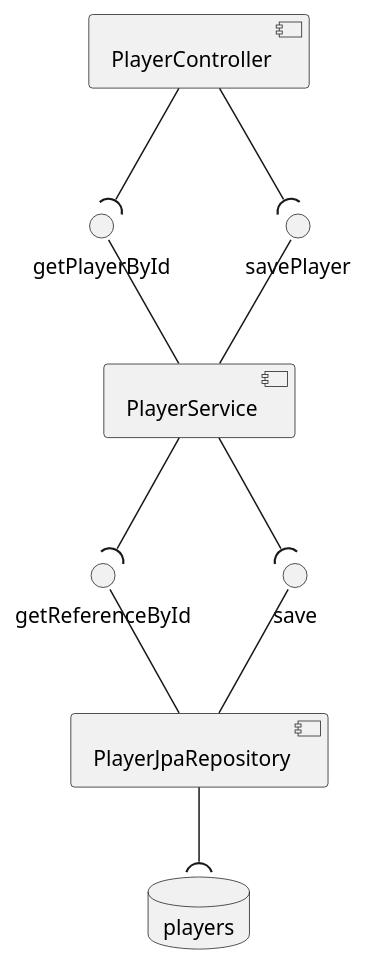
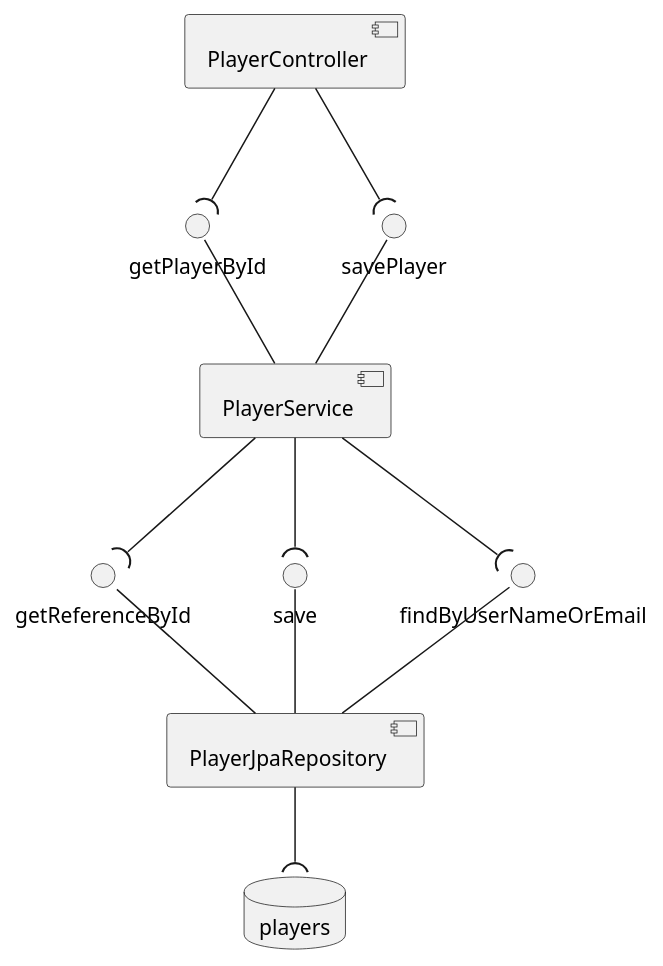
Before and after one commit to 114080-Rossi/Spring-Boot-API: the diagram in DemoSpringBootAPI/docs/diagrams/model/components.puml, drawn with PlantUML. The commit also changed 14 other files, not shown here.

```diff
--- a/DemoSpringBootAPI/docs/diagrams/model/components.puml
+++ b/DemoSpringBootAPI/docs/diagrams/model/components.puml
@@ -1,18 +1,21 @@
 @startuml
 skinparam componenStyle uml1
 
 database "players"
 
 [PlayerController] --(getPlayerById
 [PlayerController] --(savePlayer
 
 [PlayerService] --(getReferenceById
 [PlayerService] --(save
+[PlayerService] --(findByUserNameOrEmail
+
 getPlayerById --[PlayerService]
 savePlayer --[PlayerService]
 
 [PlayerJpaRepository] --("players"
 getReferenceById -- [PlayerJpaRepository]
 save -- [PlayerJpaRepository]
+findByUserNameOrEmail -- [PlayerJpaRepository]
 
 @enduml
```
